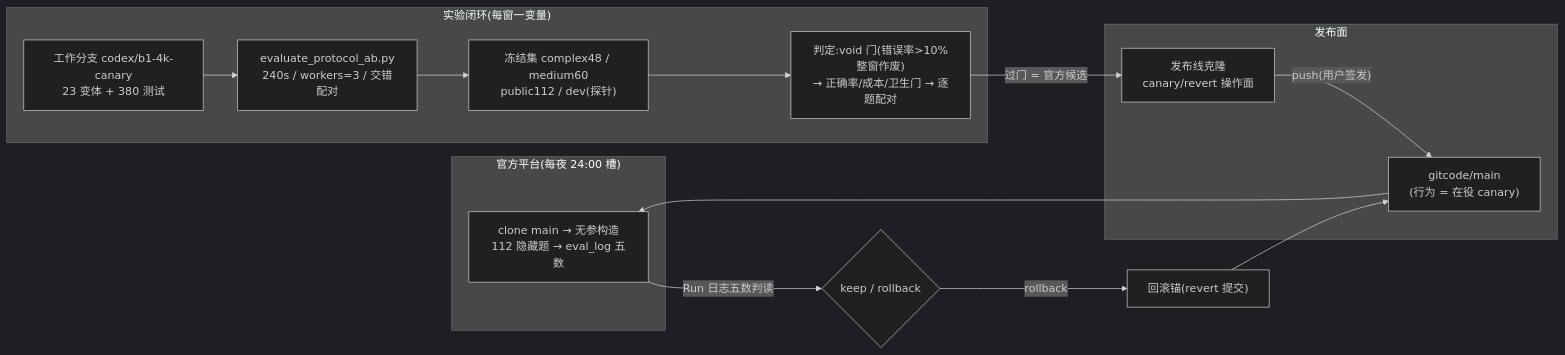
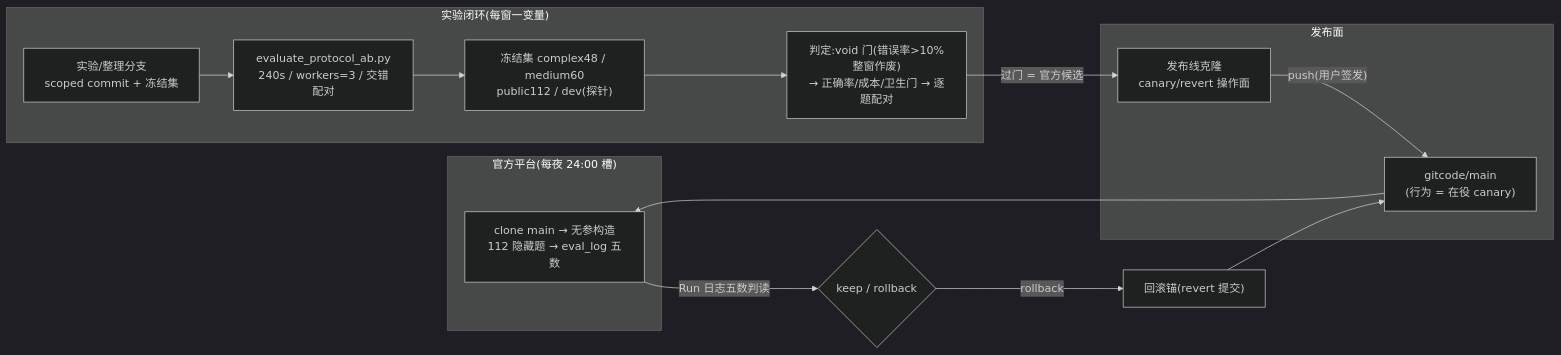
The second of 2 diagrams in README.md (RUSS0718/Challenge-Cup-2026), drawn with Mermaid (dark theme) before and after one commit. The commit also changed other lines of this file and 29 other files, not shown here.

First line of the commit message:
Consolidate architecture and evaluation records

````diff
--- a/README.md
+++ b/README.md
@@ -61,21 +61,21 @@
 ```mermaid
 flowchart LR
     subgraph official["官方平台(每夜 24:00 槽)"]
         judge["clone main → 无参构造<br/>112 隐藏题 → eval_log 五数"]
     end
     subgraph deploy["发布面"]
         gitcode["gitcode/main<br/>(行为 = 在役 canary)"]
         release["发布线克隆<br/>canary/revert 操作面"]
     end
     subgraph loop["实验闭环(每窗一变量)"]
-        branch["工作分支 codex/b1-4k-canary<br/>23 变体 + 380 测试"]
+        branch["实验/整理分支<br/>scoped commit + 冻结集"]
         runner["evaluate_protocol_ab.py<br/>240s / workers=3 / 交错配对"]
         sets["冻结集 complex48 / medium60<br/>public112 / dev(探针)"]
         judge2["判定:void 门(错误率>10%整窗作废)<br/>→ 正确率/成本/卫生门 → 逐题配对"]
     end
     branch --> runner --> sets --> judge2
     judge2 -->|"过门 = 官方候选"| release
     release -->|"push(用户签发)"| gitcode --> judge
     judge -->|"Run 日志五数判读"| decision{"keep / rollback"}
     decision -->|"rollback"| anchor["回滚锚(revert 提交)"] --> gitcode
 ```
````
